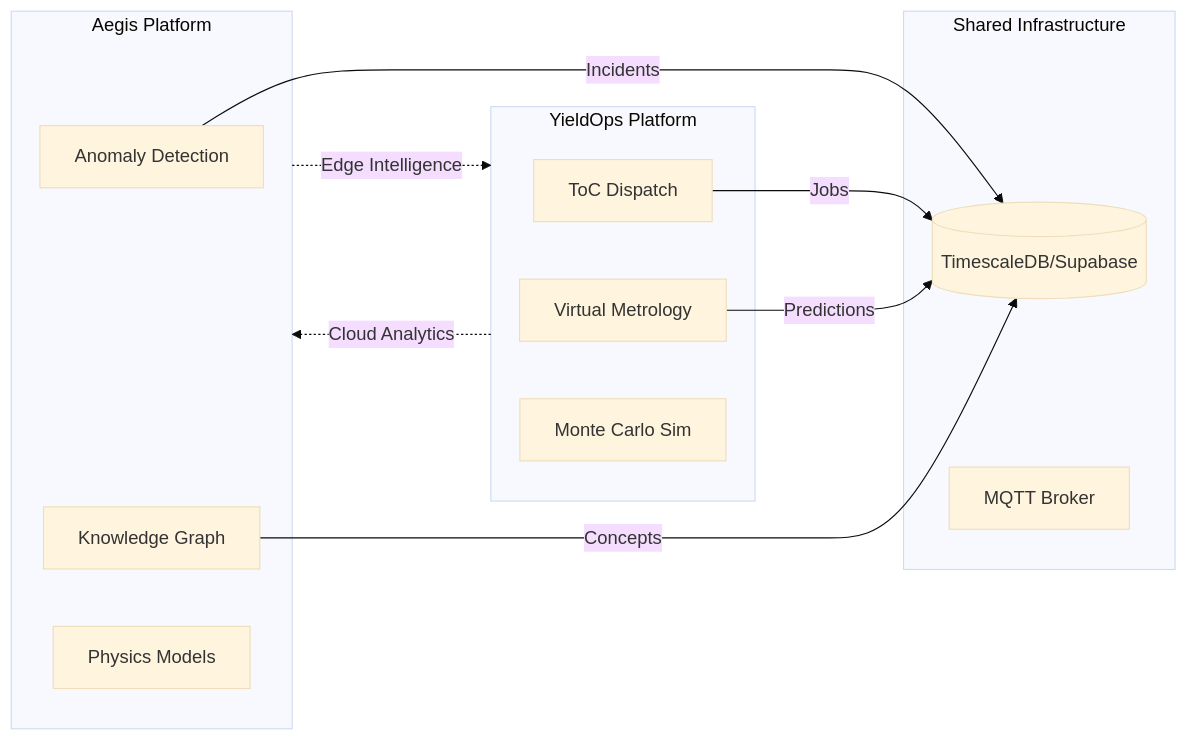
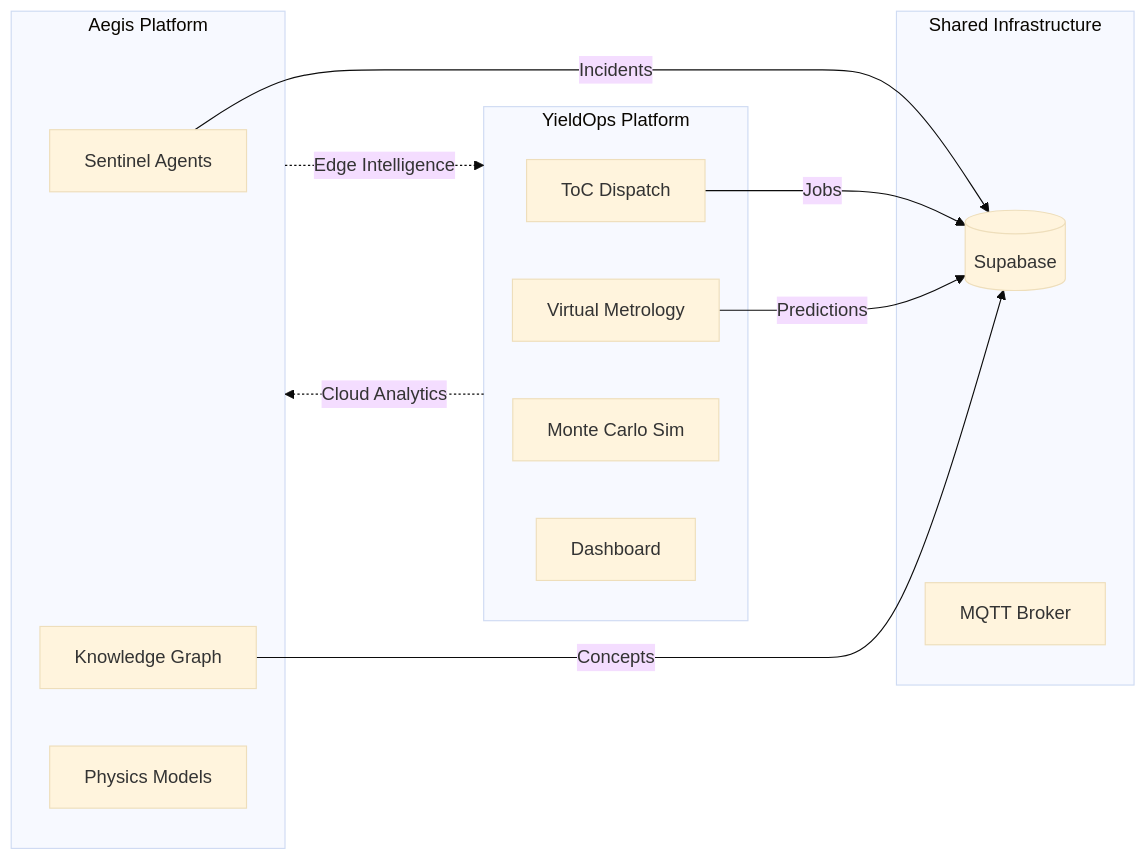
One commit to AngelP17/YieldOps changed the fourth of 4 diagrams in aegis/ARCHITECTURE.md. Above: the diagram before and after it, drawn with Mermaid (base theme). The commit also changed other lines of this file and 11 other files, not shown here.

First line of the commit message:
docs: Update architecture docs and real data priority handling

````diff
--- a/aegis/ARCHITECTURE.md
+++ b/aegis/ARCHITECTURE.md
@@ -175,27 +234,28 @@
 ```mermaid
 flowchart LR
     subgraph Aegis["Aegis Platform"]
-        A1[Anomaly Detection]
+        A1[Sentinel Agents]
         A2[Knowledge Graph]
         A3[Physics Models]
     end
     
     subgraph Shared["Shared Infrastructure"]
-        DB[("TimescaleDB/Supabase")]
+        DB[("Supabase")]
         MQTT["MQTT Broker"]
     end
     
     subgraph YieldOps["YieldOps Platform"]
         Y1[ToC Dispatch]
         Y2[Virtual Metrology]
         Y3[Monte Carlo Sim]
+        Y4[Dashboard]
     end
     
     A1 -->|Incidents| DB
     A2 -->|Concepts| DB
     Y1 -->|Jobs| DB
     Y2 -->|Predictions| DB
     
     Aegis -.->|Edge Intelligence| YieldOps
     YieldOps -.->|Cloud Analytics| Aegis
 ```
````
